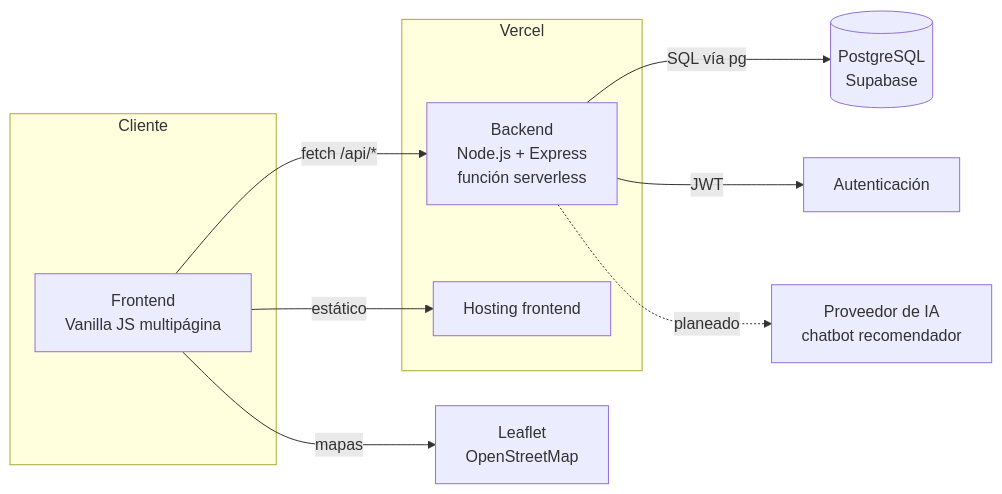
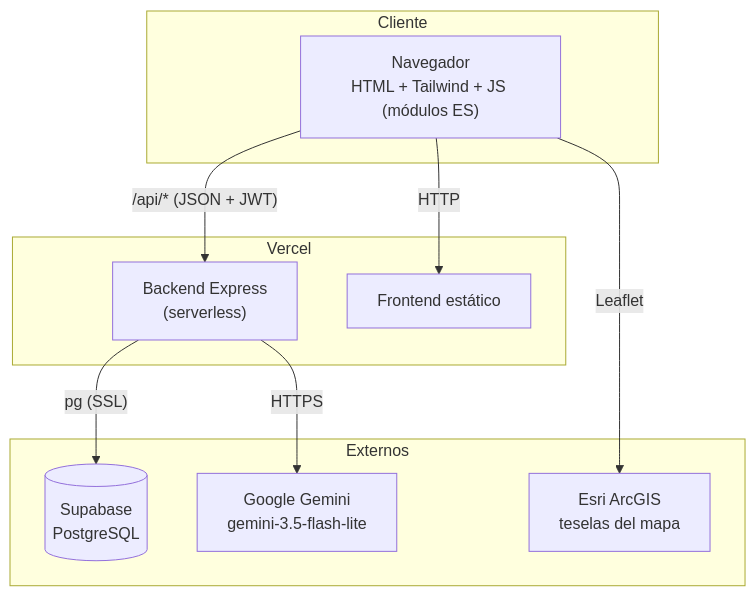
One commit to BenjaminCarnero/Patamatch changed the sixth of 7 diagrams in docs/documentacion-pin/2.7-diagramas-del-sistema.md. Above: the diagram before and after it, drawn with Mermaid. The commit also changed other lines of this file and 5 other files, not shown here.

First line of the commit message:
Documentacion: Canvas, requerimientos, diagramas, IA y pruebas

````diff
--- a/docs/documentacion-pin/2.7-diagramas-del-sistema.md
+++ b/docs/documentacion-pin/2.7-diagramas-del-sistema.md
@@ -49,14 +281,23 @@
 ```mermaid
-flowchart LR
+flowchart TB
     subgraph Cliente
-        A[Frontend<br/>Vanilla JS multipágina]
+        NAV["Navegador<br/>HTML + Tailwind + JS (módulos ES)"]
     end
+
     subgraph Vercel
-        A -->|fetch /api/*| B[Backend<br/>Node.js + Express<br/>función serverless]
-        A -->|estático| C[Hosting frontend]
+        EXP["Backend Express<br/>(serverless)"]
+        EST["Frontend estático"]
     end
-    B -->|SQL vía pg| D[(PostgreSQL<br/>Supabase)]
-    B -->|JWT| E[Autenticación]
-    A -->|mapas| F[Leaflet<br/>OpenStreetMap]
-    B -.->|planeado| G[Proveedor de IA<br/>chatbot recomendador]
+
+    subgraph Externos
+        SUP[("Supabase<br/>PostgreSQL")]
+        GEM["Google Gemini<br/>gemini-3.5-flash-lite"]
+        ESRI["Esri ArcGIS<br/>teselas del mapa"]
+    end
+
+    NAV -->|HTTP| EST
+    NAV -->|"/api/* (JSON + JWT)"| EXP
+    EXP -->|"pg (SSL)"| SUP
+    EXP -->|"HTTPS"| GEM
+    NAV -->|"Leaflet"| ESRI
 ```
````
